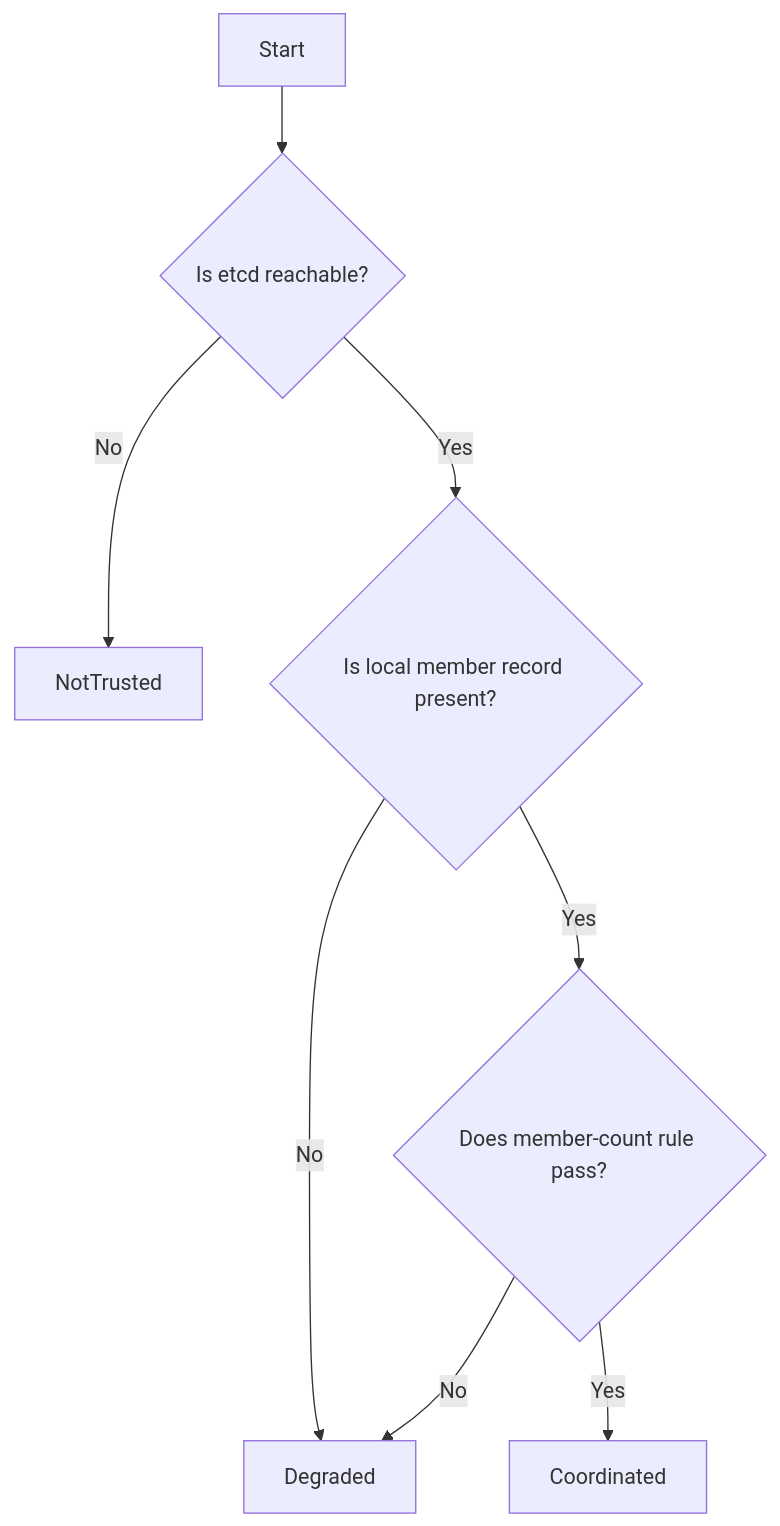
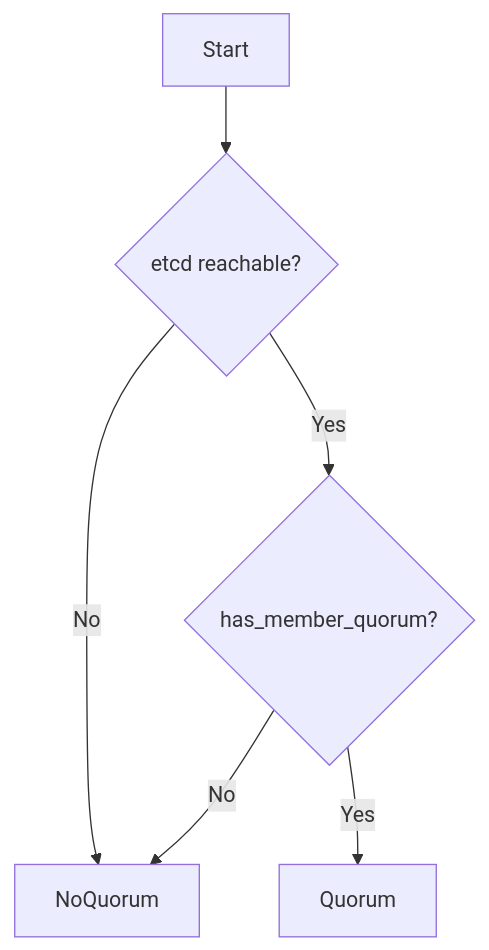
The diagram in docs/src/explanation/trust-model.md (djosh34/pgtuskmaster_rust), drawn with Mermaid before and after one commit. The commit also changed other lines of this file and 17 other files, not shown here.

````diff
--- a/docs/src/explanation/trust-model.md
+++ b/docs/src/explanation/trust-model.md
@@ -13,10 +14,8 @@
 ```mermaid
 graph TD
-    A[Start] --> B{Is etcd reachable?}
-    B -->|No| C[NotTrusted]
-    B -->|Yes| D{Is local member record present?}
-    D -->|No| E[Degraded]
-    D -->|Yes| F{Does member-count rule pass?}
-    F -->|No| E[Degraded]
-    F -->|Yes| G[Coordinated]
+    A[Start] --> B{etcd reachable?}
+    B -->|No| C[NoQuorum]
+    B -->|Yes| D{has_member_quorum?}
+    D -->|No| C
+    D -->|Yes| E[Quorum]
 ```
````
